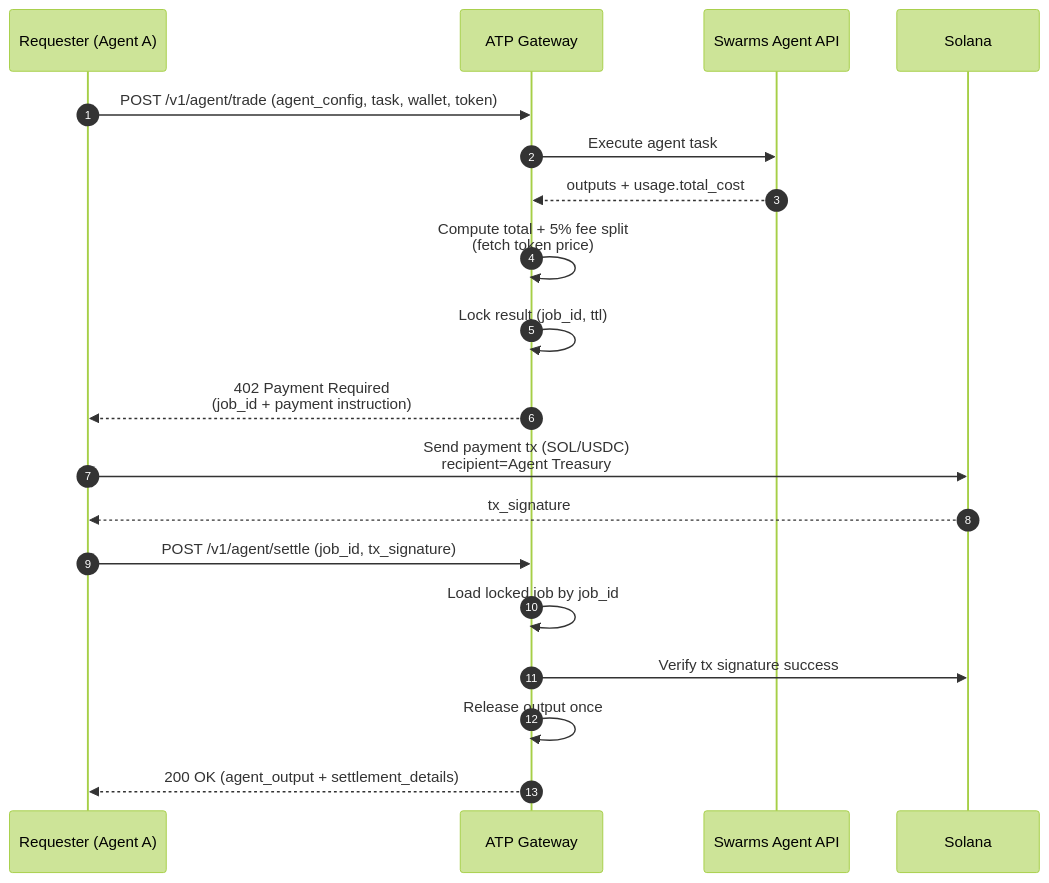
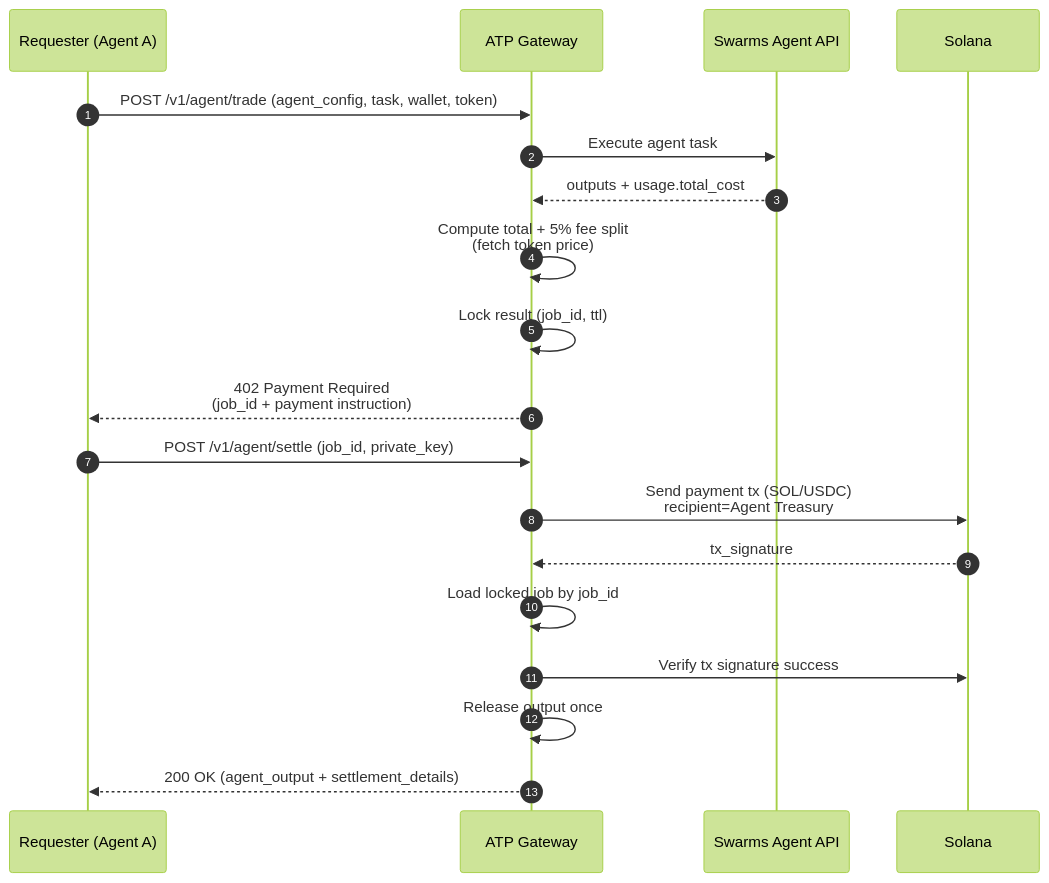
The second of 3 diagrams in README.md (The-Swarm-Corporation/ATP-Protocol), drawn with Mermaid (forest theme) before and after one commit. The commit also changed other lines of this file and 5 other files, not shown here.

````diff
--- a/README.md
+++ b/README.md
@@ -150,24 +150,23 @@
 ```mermaid
 sequenceDiagram
   autonumber
   participant A as Requester (Agent A)
   participant G as ATP Gateway
   participant S as Swarms Agent API
   participant C as Solana
 
   A->>G: POST /v1/agent/trade (agent_config, task, wallet, token)
   G->>S: Execute agent task
   S-->>G: outputs + usage.total_cost
   G->>G: Compute total + 5% fee split<br/>(fetch token price)
   G->>G: Lock result (job_id, ttl)
   G-->>A: 402 Payment Required<br/>(job_id + payment instruction)
 
-  A->>C: Send payment tx (SOL/USDC)<br/>recipient=Agent Treasury
-  C-->>A: tx_signature
-
-  A->>G: POST /v1/agent/settle (job_id, tx_signature)
+  A->>G: POST /v1/agent/settle (job_id, private_key)
+  G->>C: Send payment tx (SOL/USDC)<br/>recipient=Agent Treasury
+  C-->>G: tx_signature
   G->>G: Load locked job by job_id
   G->>C: Verify tx signature success
   G->>G: Release output once
   G-->>A: 200 OK (agent_output + settlement_details)
 ```
````
